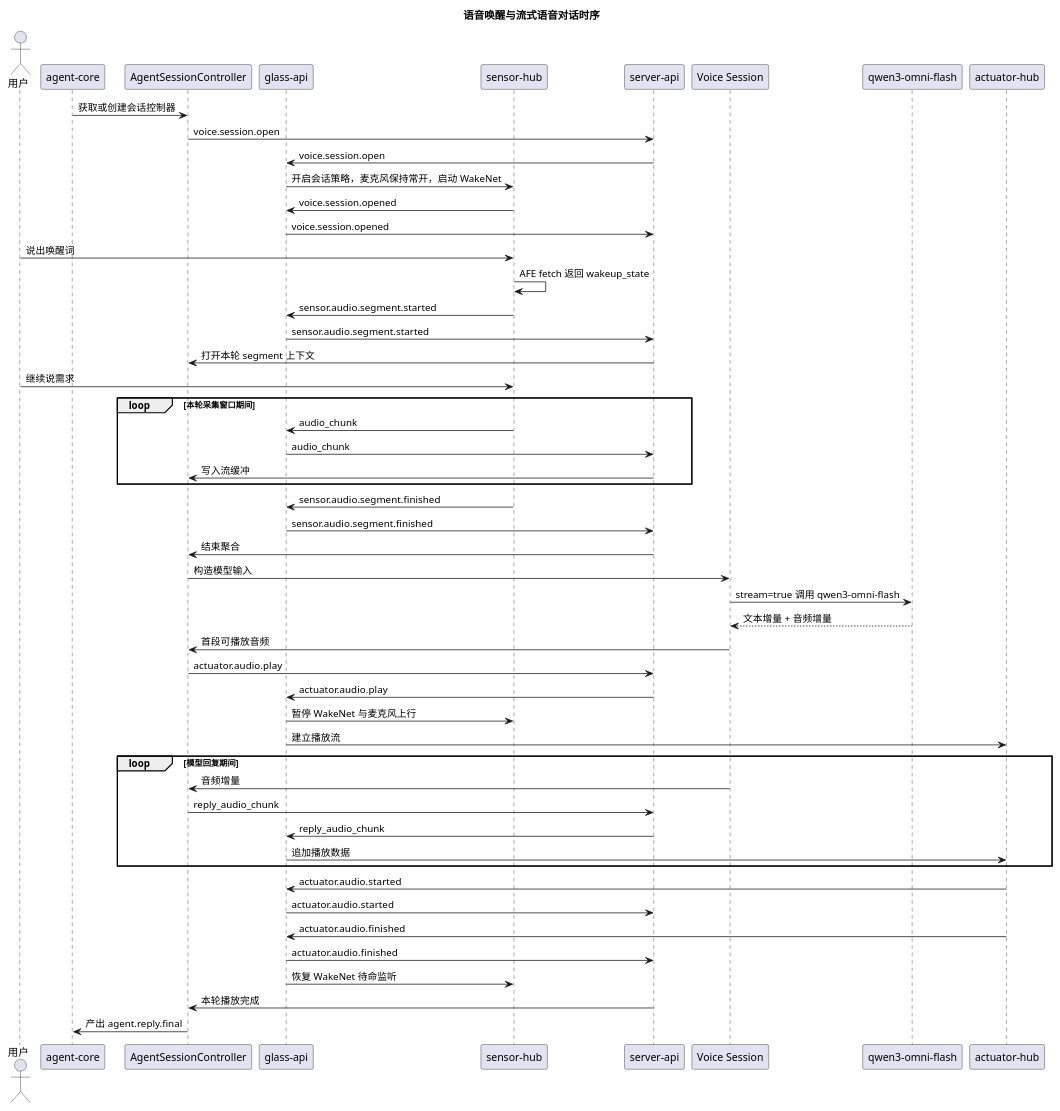
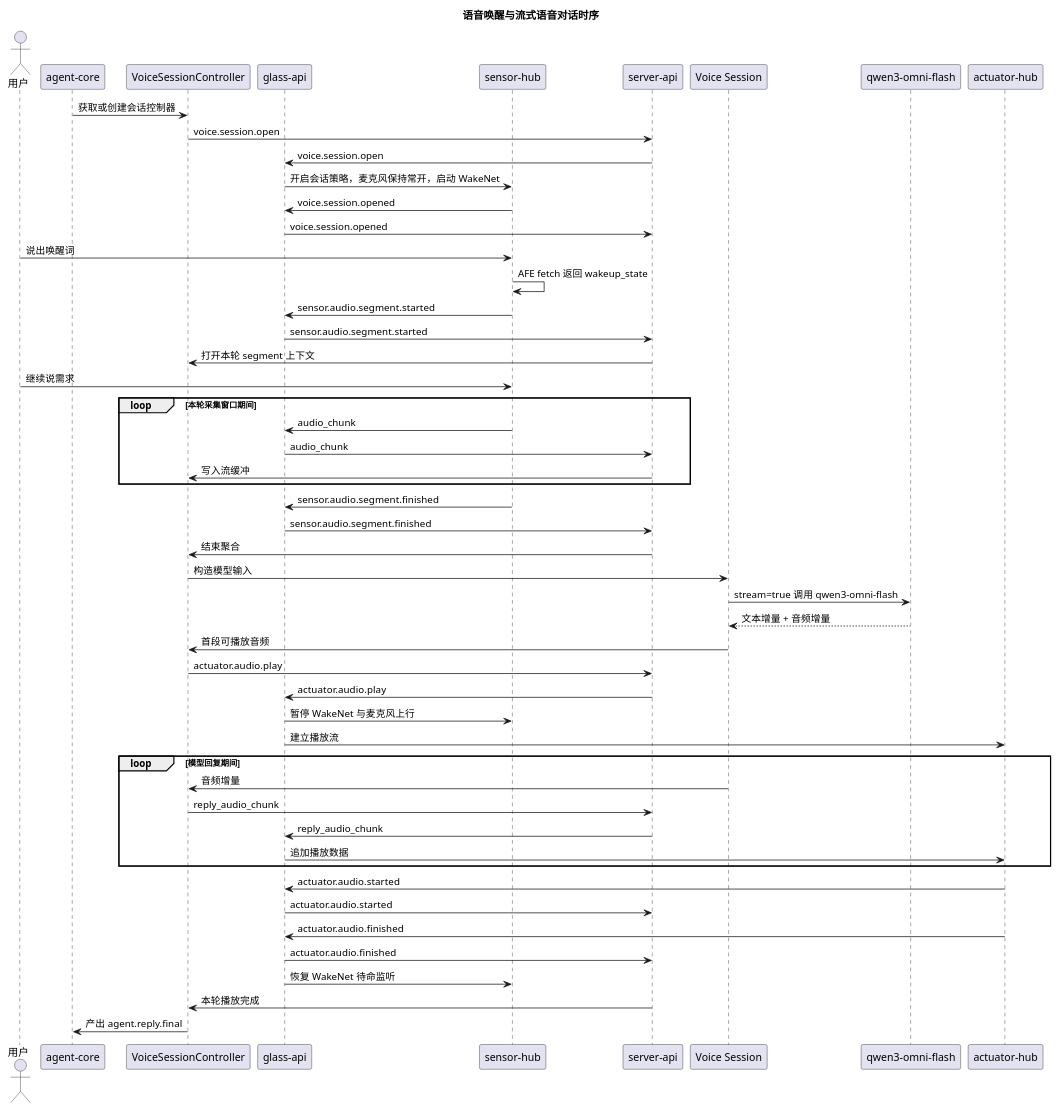
Before and after one commit to HengeLiu/RealtimeAgent: the diagram in doc/structure-design/语音对话协议与时序设计.md, drawn with PlantUML. The commit also changed other lines of this file and 7 other files, not shown here.

````diff
--- a/doc/structure-design/语音对话协议与时序设计.md
+++ b/doc/structure-design/语音对话协议与时序设计.md
@@ -459,60 +461,60 @@
 ```plantuml
 @startuml
 title 语音唤醒与流式语音对话时序
 
 actor 用户
 participant "agent-core" as ACORE
-participant "AgentSessionController" as CTRL
+participant "VoiceSessionController" as CTRL
 participant "glass-api" as GAPI
 participant "sensor-hub" as SHUB
 participant "server-api" as SAPI
 participant "Voice Session" as VS
 participant "qwen3-omni-flash" as LLM
 participant "actuator-hub" as AHUB
 
 ACORE -> CTRL : 获取或创建会话控制器
 CTRL -> SAPI : voice.session.open
 SAPI -> GAPI : voice.session.open
 GAPI -> SHUB : 开启会话策略，麦克风保持常开，启动 WakeNet
 SHUB -> GAPI : voice.session.opened
 GAPI -> SAPI : voice.session.opened
 
 用户 -> SHUB : 说出唤醒词
 SHUB -> SHUB : AFE fetch 返回 wakeup_state
 SHUB -> GAPI : sensor.audio.segment.started
 GAPI -> SAPI : sensor.audio.segment.started
 SAPI -> CTRL : 打开本轮 segment 上下文
 
 用户 -> SHUB : 继续说需求
 loop 本轮采集窗口期间
   SHUB -> GAPI : audio_chunk
   GAPI -> SAPI : audio_chunk
   SAPI -> CTRL : 写入流缓冲
 end
 
 SHUB -> GAPI : sensor.audio.segment.finished
 GAPI -> SAPI : sensor.audio.segment.finished
 SAPI -> CTRL : 结束聚合
 CTRL -> VS : 构造模型输入
 VS -> LLM : stream=true 调用 qwen3-omni-flash
 LLM --> VS : 文本增量 + 音频增量
 VS -> CTRL : 首段可播放音频
 CTRL -> SAPI : actuator.audio.play
 SAPI -> GAPI : actuator.audio.play
 GAPI -> SHUB : 暂停 WakeNet 与麦克风上行
 GAPI -> AHUB : 建立播放流
 loop 模型回复期间
   VS -> CTRL : 音频增量
   CTRL -> SAPI : reply_audio_chunk
   SAPI -> GAPI : reply_audio_chunk
   GAPI -> AHUB : 追加播放数据
 end
 AHUB -> GAPI : actuator.audio.started
 GAPI -> SAPI : actuator.audio.started
 AHUB -> GAPI : actuator.audio.finished
 GAPI -> SAPI : actuator.audio.finished
 GAPI -> SHUB : 恢复 WakeNet 待命监听
 SAPI -> CTRL : 本轮播放完成
 CTRL -> ACORE : 产出 agent.reply.final
 @enduml
 ```
````
